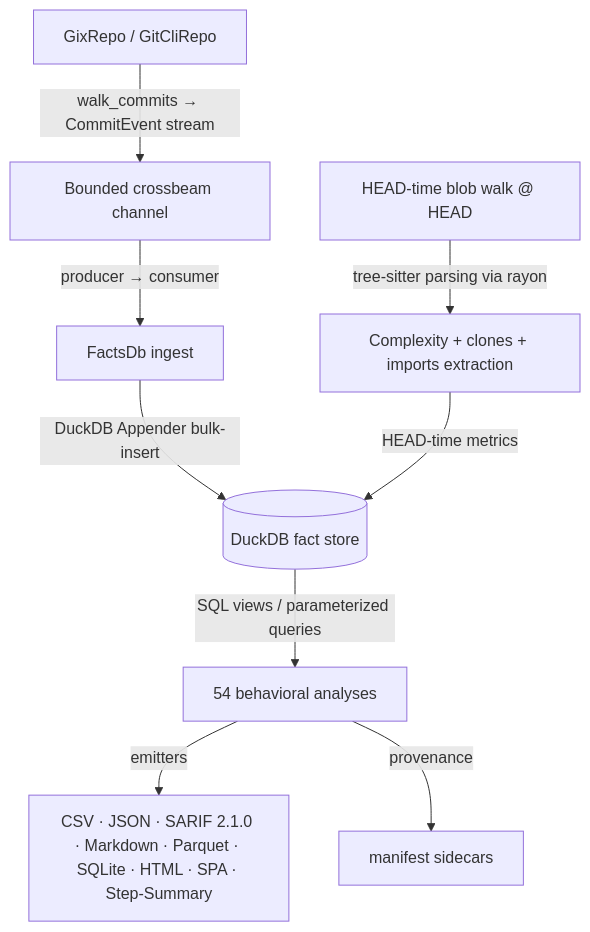
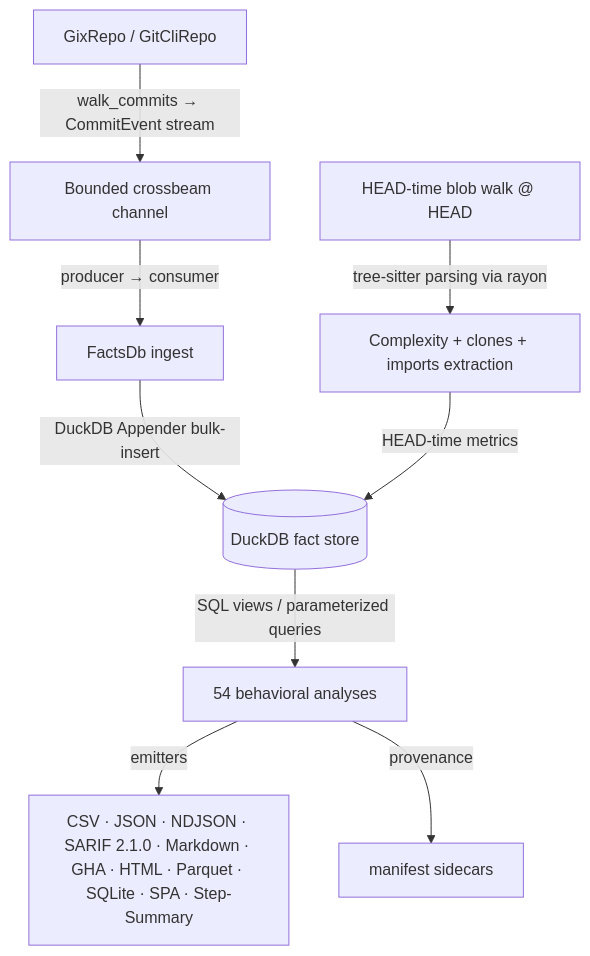
The diagram in docs/codebase_analysis.md (emrecdr/codelore), drawn with Mermaid before and after one commit. The commit also changed other lines of this file and 28 other files, not shown here.

````diff
--- a/docs/codebase_analysis.md
+++ b/docs/codebase_analysis.md
@@ -29,11 +29,11 @@
 ```mermaid
 graph TD
     A[GixRepo / GitCliRepo] -->|walk_commits → CommitEvent stream| B[Bounded crossbeam channel]
     B -->|producer → consumer| C[FactsDb ingest]
     C -->|DuckDB Appender bulk-insert| D[(DuckDB fact store)]
     E[HEAD-time blob walk @ HEAD] -->|tree-sitter parsing via rayon| F[Complexity + clones + imports extraction]
     F -->|HEAD-time metrics| D
     D -->|SQL views / parameterized queries| G[54 behavioral analyses]
-    G -->|emitters| H[CSV · JSON · SARIF 2.1.0 · Markdown · Parquet · SQLite · HTML · SPA · Step-Summary]
+    G -->|emitters| H[CSV · JSON · NDJSON · SARIF 2.1.0 · Markdown · GHA · HTML · Parquet · SQLite · SPA · Step-Summary]
     G -->|provenance| I[manifest sidecars]
 ```
````
